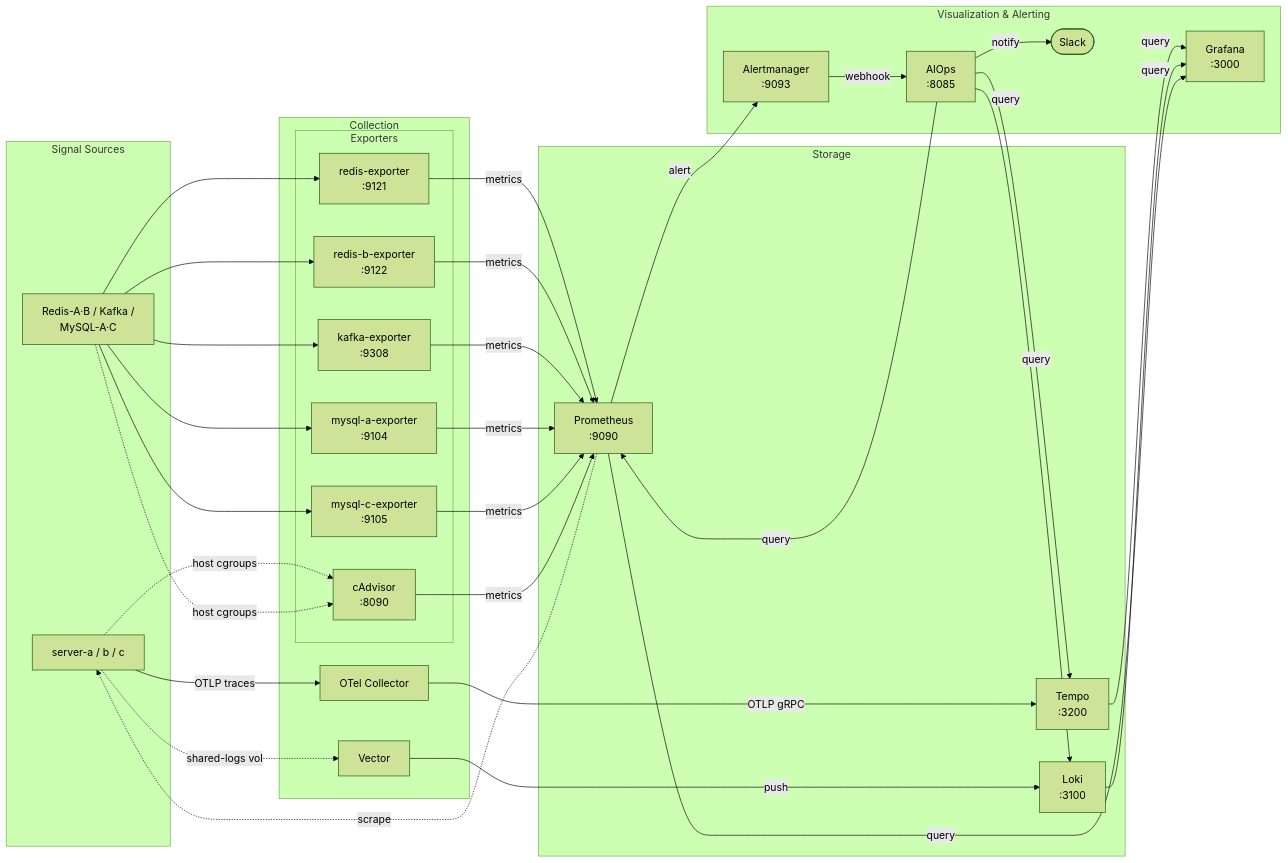
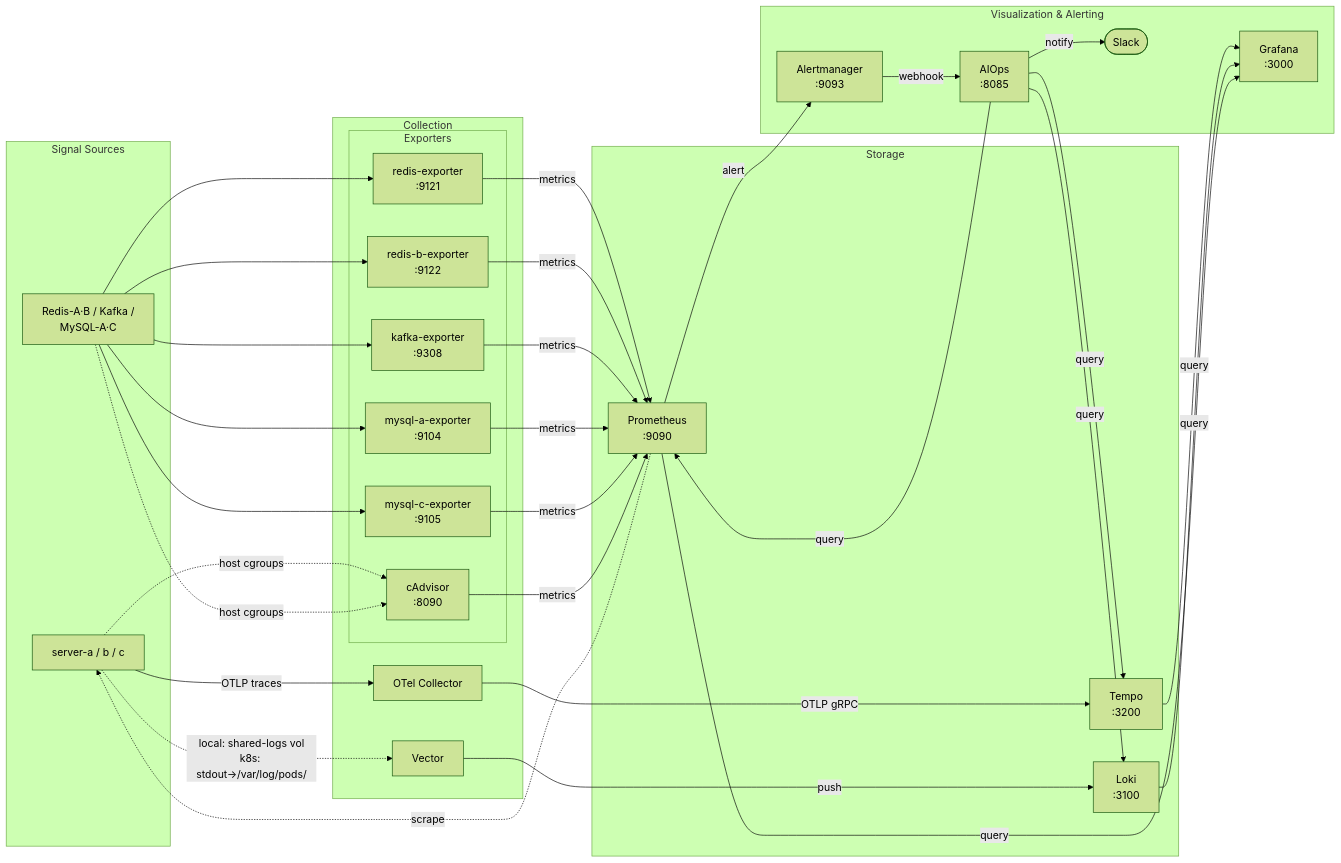
The third of 3 diagrams in README.md (michi2012/goods-promotion-project), drawn with Mermaid (forest theme) before and after one commit. The commit also changed other lines of this file and 2 other files, not shown here.

First line of the commit message:
docs: K8s/Helm 전환 내용 반영 (README, arch-snapshot, infra-diagram)

````diff
--- a/README.md
+++ b/README.md
@@ -190,49 +223,49 @@
 ```mermaid
 flowchart LR
   subgraph Src["Signal Sources"]
     apps["server-a / b / c"]
     infraSrc["Redis-A·B / Kafka /\nMySQL-A·C"]
   end
 
   subgraph Collect["Collection"]
     otel["OTel Collector"]
     vector["Vector"]
     subgraph Exp["Exporters"]
       redisExp["redis-exporter\n:9121"]
       redisBExp["redis-b-exporter\n:9122"]
       kafkaExp["kafka-exporter\n:9308"]
       mysqlAExp["mysql-a-exporter\n:9104"]
       mysqlCExp["mysql-c-exporter\n:9105"]
       cadvisor["cAdvisor\n:8090"]
     end
   end
 
   subgraph Store["Storage"]
     tempo["Tempo\n:3200"]
     loki["Loki\n:3100"]
     prometheus["Prometheus\n:9090"]
   end
 
   subgraph Vis["Visualization & Alerting"]
     grafana["Grafana\n:3000"]
     alertmanager["Alertmanager\n:9093"]
     AIOps["AIOps\n:8085"]
     Slack(["Slack"])
   end
 
   apps -->|OTLP traces| otel
-  apps -.->|shared-logs vol| vector
+  apps -.->|"local: shared-logs vol\nk8s: stdout→/var/log/pods/"| vector
   infraSrc --> redisExp & redisBExp & kafkaExp & mysqlAExp & mysqlCExp
   apps & infraSrc -.->|host cgroups| cadvisor
 
   otel -->|OTLP gRPC| tempo
   vector -->|push| loki
   redisExp & redisBExp & kafkaExp & mysqlAExp & mysqlCExp & cadvisor -->|metrics| prometheus
   prometheus -.->|scrape| apps
 
   tempo & loki & prometheus -->|query| grafana
   prometheus -->|alert| alertmanager
   alertmanager -->|webhook| AIOps
   AIOps -->|query| prometheus & loki & tempo
   AIOps -->|notify| Slack
 ```
````
